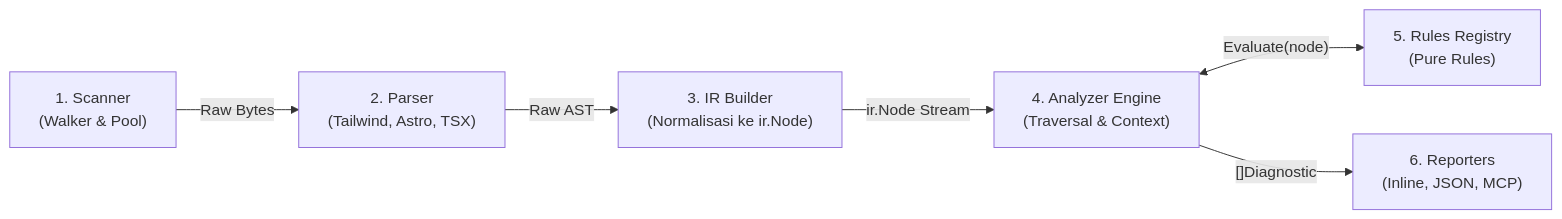
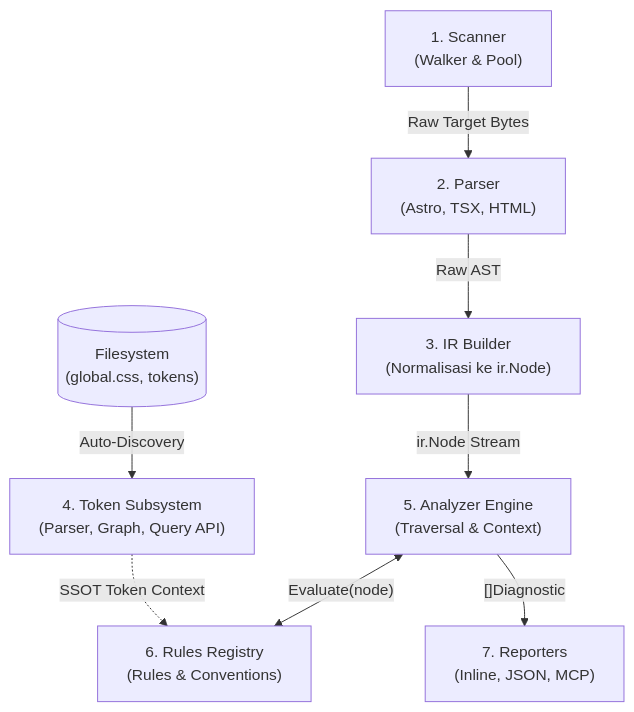
Before and after one commit to will2469/charites: the second of 3 diagrams in docs/02-architecture/README.md, drawn with Mermaid. The commit also changed other lines of this file and 30 other files, not shown here.

First line of the commit message:
feat(token): implement 4-layer design token subsystem and multi-format SSOT architecture

````diff
--- a/docs/02-architecture/README.md
+++ b/docs/02-architecture/README.md
@@ -50,8 +50,12 @@
 ```mermaid
-flowchart LR
-    Scanner["1. Scanner\n(Walker & Pool)"] -->|"Raw Bytes"| Parser["2. Parser\n(Tailwind, Astro, TSX)"]
+flowchart TD
+    Scanner["1. Scanner\n(Walker & Pool)"] -->|"Raw Target Bytes"| Parser["2. Parser\n(Astro, TSX, HTML)"]
     Parser -->|"Raw AST"| IR["3. IR Builder\n(Normalisasi ke ir.Node)"]
-    IR -->|"ir.Node Stream"| Analyzer["4. Analyzer Engine\n(Traversal & Context)"]
-    Analyzer <-->|"Evaluate(node)"| Rules["5. Rules Registry\n(Pure Rules)"]
-    Analyzer -->|"[]Diagnostic"| Reporter["6. Reporters\n(Inline, JSON, MCP)"]
+
+    DiskCSS[("Filesystem\n(global.css, tokens)")] -->|"Auto-Discovery"| Token["4. Token Subsystem\n(Parser, Graph, Query API)"]
+
+    IR -->|"ir.Node Stream"| Analyzer["5. Analyzer Engine\n(Traversal & Context)"]
+    Token -.->|"SSOT Token Context"| Rules
+    Analyzer <-->|"Evaluate(node)"| Rules["6. Rules Registry\n(Rules & Conventions)"]
+    Analyzer -->|"[]Diagnostic"| Reporter["7. Reporters\n(Inline, JSON, MCP)"]
 ```
````
